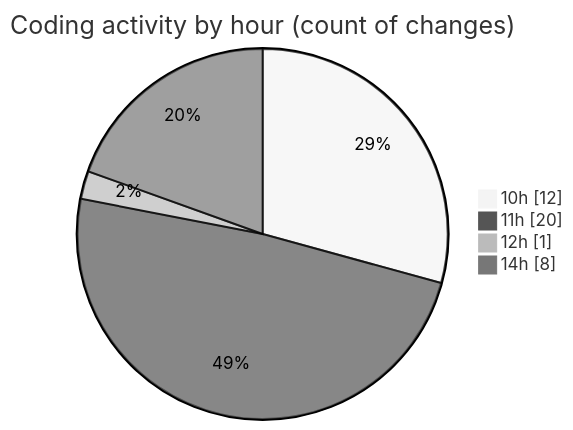
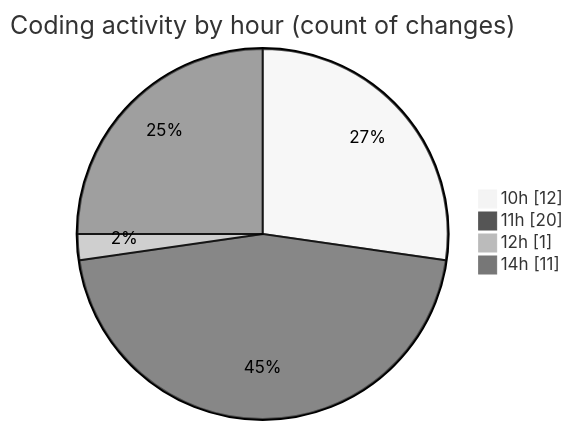
Before and after one commit to nxtqubesakshisongat/code-tracking: the second of 2 diagrams in 2025-06-20/nxtqube_webapp/README.md, drawn with Mermaid (neutral theme). The commit also changed other lines of this file and 1 other file, not shown here.

````diff
--- a/2025-06-20/nxtqube_webapp/README.md
+++ b/2025-06-20/nxtqube_webapp/README.md
@@ -33,8 +34,8 @@
 ```mermaid
 pie showData
 title Coding activity by hour (count of changes)
 "10h" : 12
 "11h" : 20
 "12h" : 1
-"14h" : 8
+"14h" : 11
 ```
````
